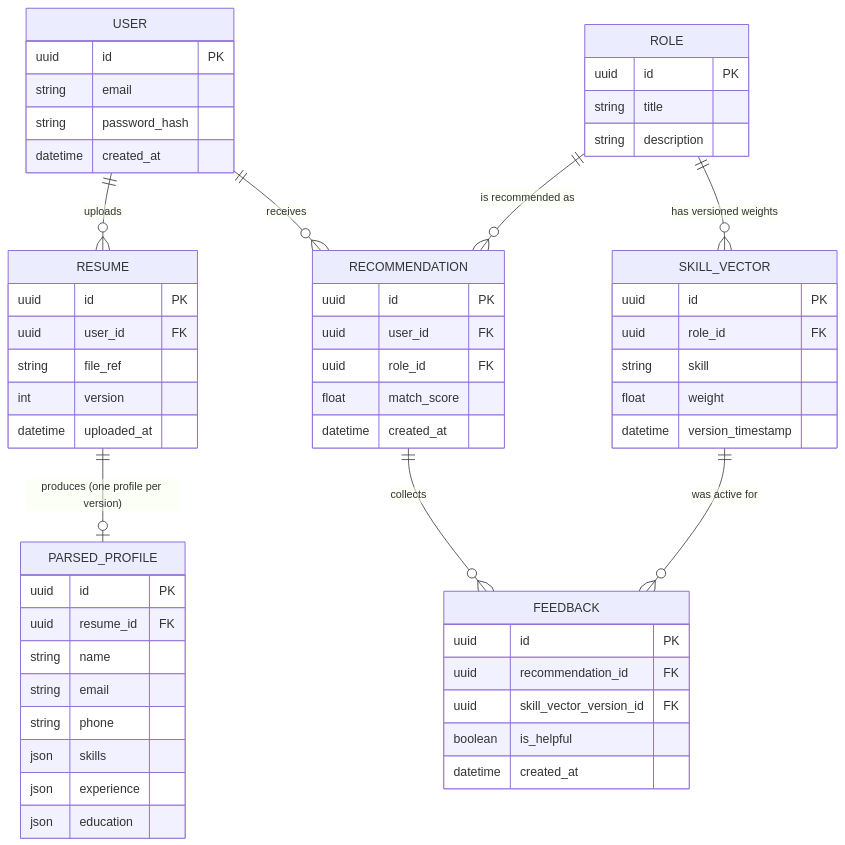
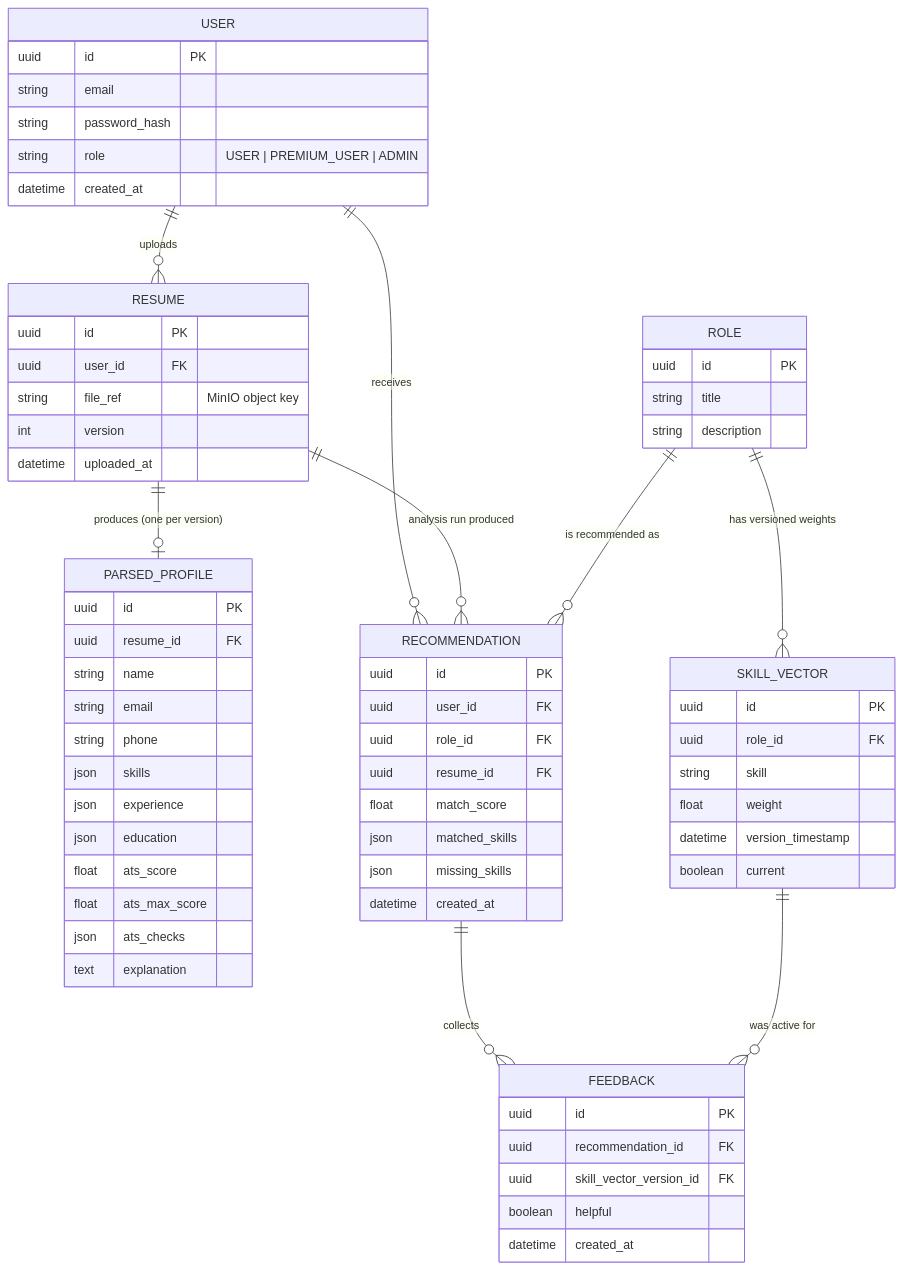
One commit to biswas2200/Smart-Resume-Analyzer-and-Job-Recommendation-System changed the diagram in docs/entity-diagram.md. Above: the diagram before and after it, drawn with Mermaid. The commit also changed other lines of this file and 20 other files, not shown here.

````diff
--- a/docs/entity-diagram.md
+++ b/docs/entity-diagram.md
@@ -7,60 +7,70 @@
 ```mermaid
 erDiagram
     USER ||--o{ RESUME : uploads
-    RESUME ||--o| PARSED_PROFILE : "produces (one profile per version)"
+    RESUME ||--o| PARSED_PROFILE : "produces (one per version)"
     USER ||--o{ RECOMMENDATION : receives
+    RESUME ||--o{ RECOMMENDATION : "analysis run produced"
     ROLE ||--o{ RECOMMENDATION : "is recommended as"
     ROLE ||--o{ SKILL_VECTOR : "has versioned weights"
-    RECOMMENDATION ||--o{ FEEDBACK : "collects"
+    RECOMMENDATION ||--o{ FEEDBACK : collects
     SKILL_VECTOR ||--o{ FEEDBACK : "was active for"
 
     USER {
         uuid id PK
         string email
         string password_hash
+        string role "USER | PREMIUM_USER | ADMIN"
         datetime created_at
     }
     RESUME {
         uuid id PK
         uuid user_id FK
-        string file_ref
+        string file_ref "MinIO object key"
         int version
         datetime uploaded_at
     }
     PARSED_PROFILE {
         uuid id PK
         uuid resume_id FK
         string name
         string email
         string phone
         json skills
         json experience
         json education
+        float ats_score
+        float ats_max_score
+        json ats_checks
+        text explanation
     }
     ROLE {
         uuid id PK
         string title
         string description
     }
     SKILL_VECTOR {
         uuid id PK
         uuid role_id FK
         string skill
         float weight
         datetime version_timestamp
+        boolean current
     }
     RECOMMENDATION {
         uuid id PK
         uuid user_id FK
         uuid role_id FK
+        uuid resume_id FK
         float match_score
+        json matched_skills
+        json missing_skills
         datetime created_at
     }
     FEEDBACK {
         uuid id PK
         uuid recommendation_id FK
         uuid skill_vector_version_id FK
-        boolean is_helpful
+        boolean helpful
         datetime created_at
     }
 ```
````
